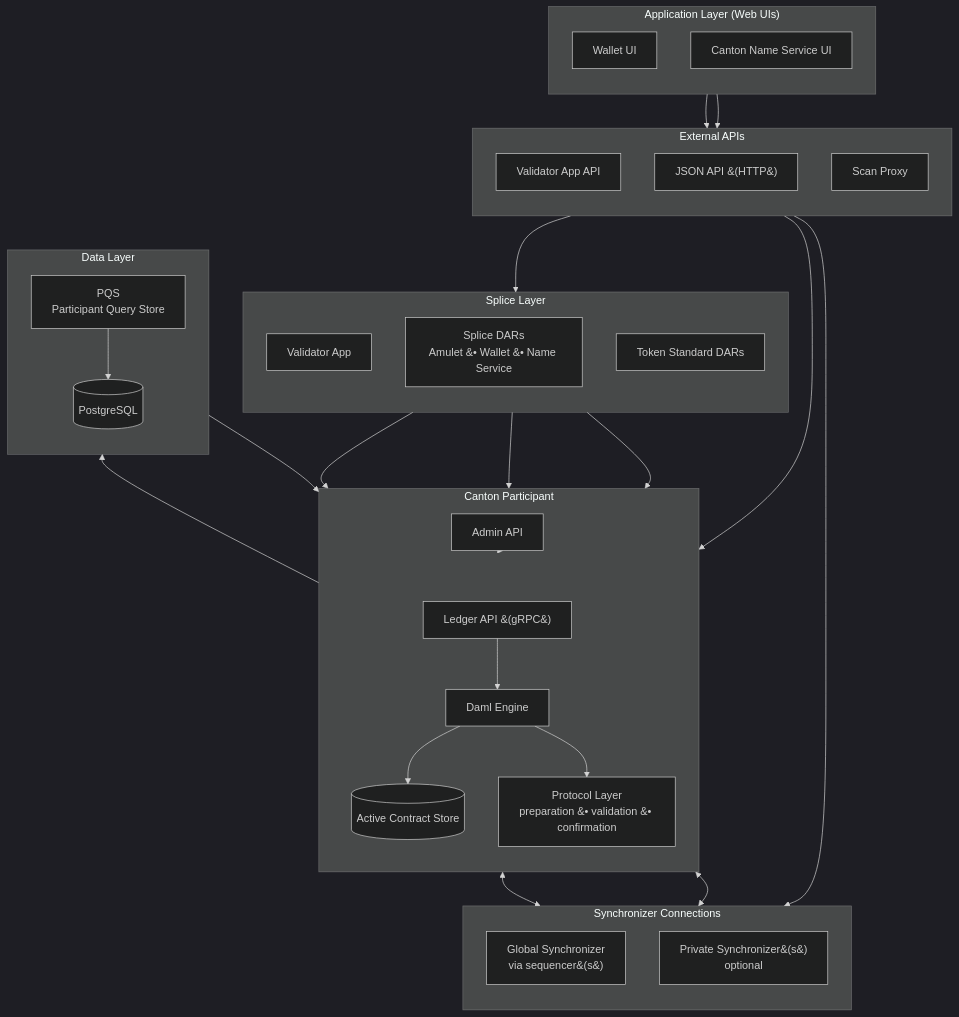
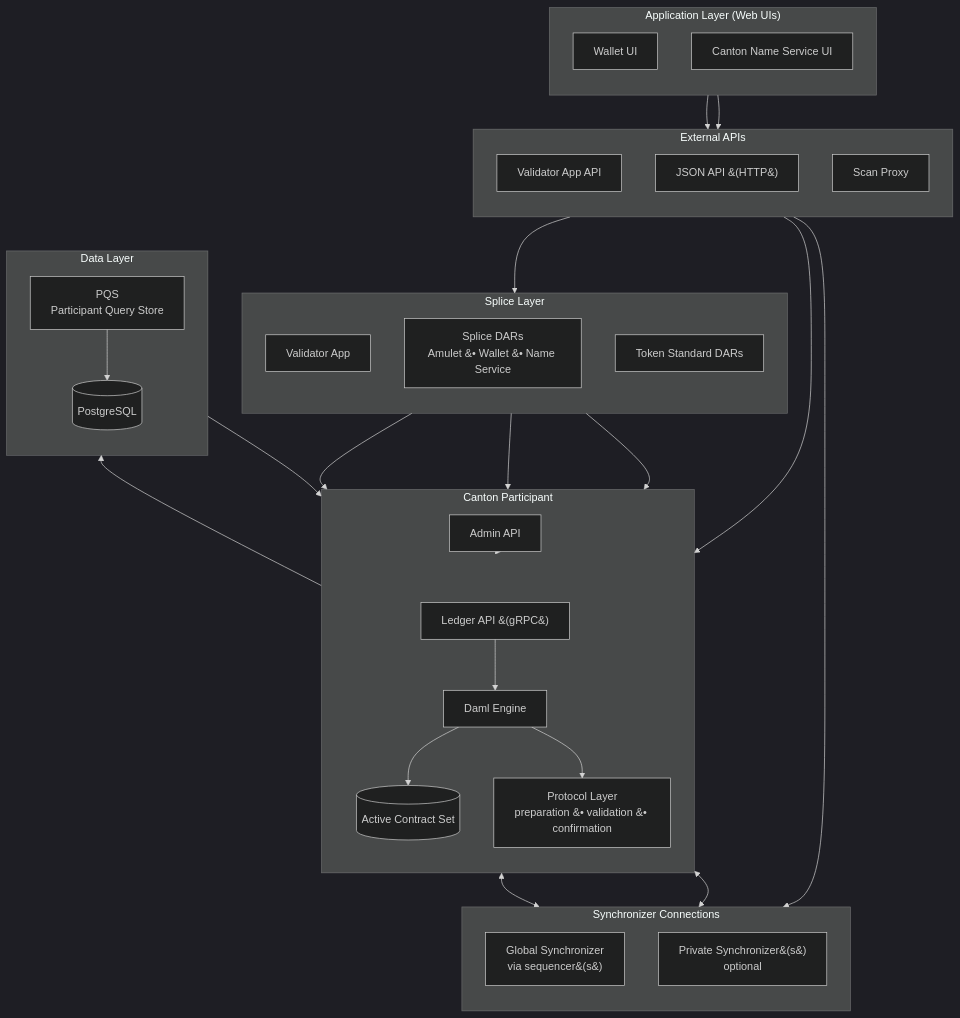
Before and after one commit to canton-network/cf-docs: the diagram in docs-main/devnet/overview/reference/validator-node-components.mdx, drawn with Mermaid (dark theme). The commit also changed other lines of this file and 13 other files, not shown here.

````diff
--- a/docs-main/devnet/overview/reference/validator-node-components.mdx
+++ b/docs-main/devnet/overview/reference/validator-node-components.mdx
@@ -10,61 +10,61 @@
 ```mermaid
 flowchart TB
     subgraph UI["Application Layer (Web UIs)"]
         direction TB
         WUI[Wallet UI]
         CNSUI[Canton Name Service UI]
     end
 
     subgraph APIS["External APIs"]
         direction TB
         VALAPI[Validator App API]
         JAPI[JSON API &#40;HTTP&#41;]
         SCANP[Scan Proxy]
     end
 
     subgraph SPLICE["Splice Layer"]
         direction TB
         VAPP[Validator App]
         SDARS[Splice DARs<br>Amulet &#8226; Wallet &#8226; Name Service]
         TSDARS[Token Standard DARs]
     end
 
     subgraph PARTICIPANT["Canton Participant"]
         direction TB
         LAPI[Ledger API &#40;gRPC&#41;]
         AAPI[Admin API]
         ENGINE[Daml Engine]
-        ACS[(Active Contract Store)]
+        ACS[(Active Contract Set)]
         PROTO[Protocol Layer<br>preparation &#8226; validation &#8226; confirmation]
     end
 
     subgraph DATA["Data Layer"]
         direction TB
         PQS[PQS<br>Participant Query Store]
         PG[(PostgreSQL)]
     end
 
     subgraph SYNC["Synchronizer Connections"]
         direction TB
         GS[Global Synchronizer<br>via sequencer&#40;s&#41;]
         PS[Private Synchronizer&#40;s&#41;<br>optional]
     end
 
     WUI --> VALAPI
     CNSUI --> VALAPI
     VALAPI --> VAPP
     VAPP --> LAPI
     SDARS --> ENGINE
     TSDARS --> ENGINE
     LAPI --> ENGINE
     JAPI --> LAPI
     PQS --> LAPI
     ENGINE --> ACS
     ENGINE --> PROTO
     AAPI --> PARTICIPANT
     PARTICIPANT --> PG
     PQS --> PG
     PROTO <--> GS
     PROTO <--> PS
     SCANP --> GS
 ```
````
